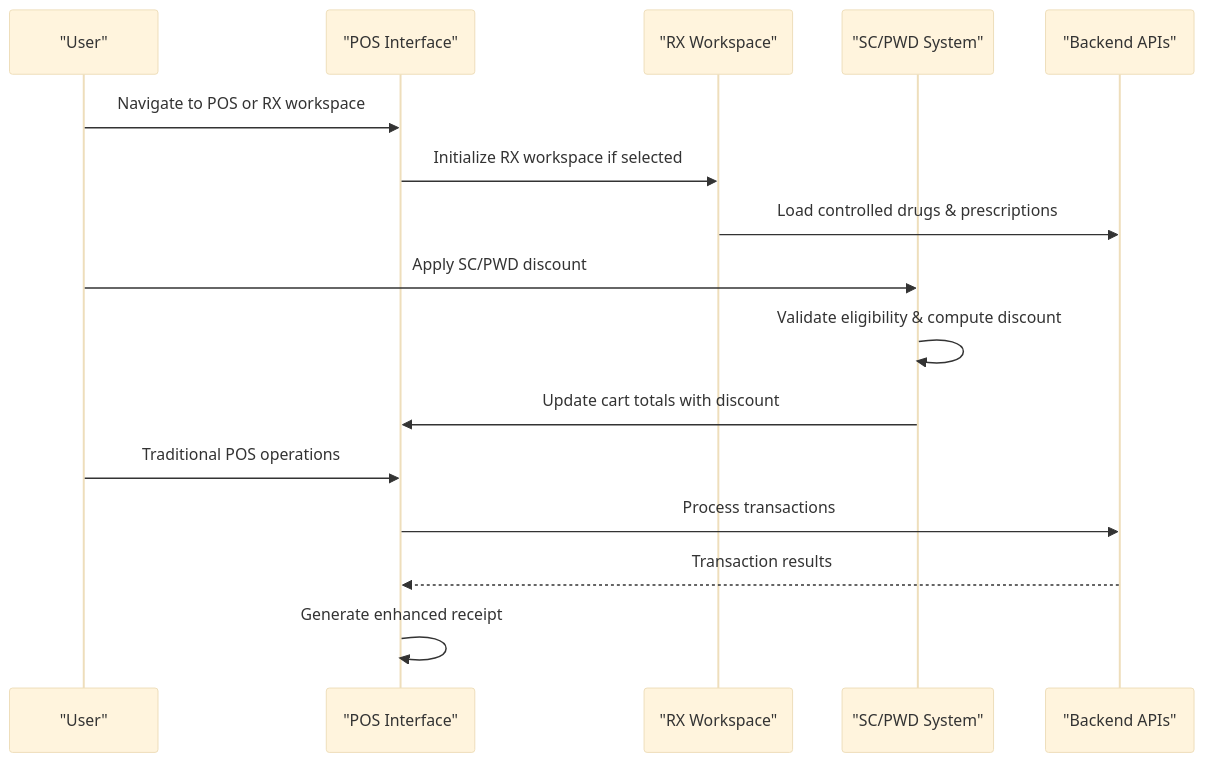
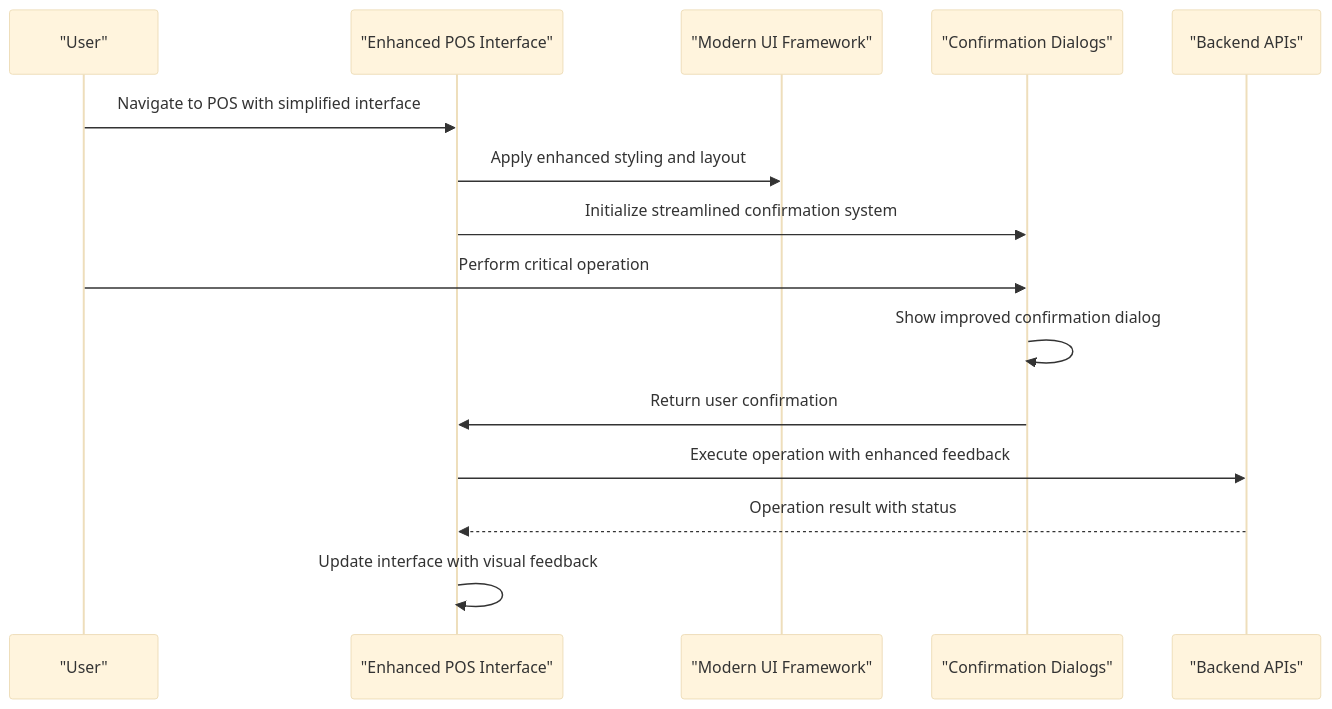
One commit to yosefdc7/PharmaPOS changed the second of 8 diagrams in .qoder/repowiki/en/content/Frontend Interface/Point-of-Sale Interface.md. Above: the diagram before and after it, drawn with Mermaid (base theme). The commit also changed other lines of this file and 103 other files, not shown here.

````diff
--- a/.qoder/repowiki/en/content/Frontend Interface/Point-of-Sale Interface.md
+++ b/.qoder/repowiki/en/content/Frontend Interface/Point-of-Sale Interface.md
@@ -137,18 +149,17 @@
 ```mermaid
 sequenceDiagram
 participant User as "User"
-participant UI as "POS Interface"
-participant RX as "RX Workspace"
-participant SC as "SC/PWD System"
+participant UI as "Enhanced POS Interface"
+participant ModernUI as "Modern UI Framework"
+participant ConfDialog as "Confirmation Dialogs"
 participant API as "Backend APIs"
-User->>UI : Navigate to POS or RX workspace
-UI->>RX : Initialize RX workspace if selected
-RX->>API : Load controlled drugs & prescriptions
-User->>SC : Apply SC/PWD discount
-SC->>SC : Validate eligibility & compute discount
-SC->>UI : Update cart totals with discount
-User->>UI : Traditional POS operations
-UI->>API : Process transactions
-API-->>UI : Transaction results
-UI->>UI : Generate enhanced receipt
+User->>UI : Navigate to POS with simplified interface
+UI->>ModernUI : Apply enhanced styling and layout
+UI->>ConfDialog : Initialize streamlined confirmation system
+User->>ConfDialog : Perform critical operation
+ConfDialog->>ConfDialog : Show improved confirmation dialog
+ConfDialog->>UI : Return user confirmation
+UI->>API : Execute operation with enhanced feedback
+API-->>UI : Operation result with status
+UI->>UI : Update interface with visual feedback
 ```
````
